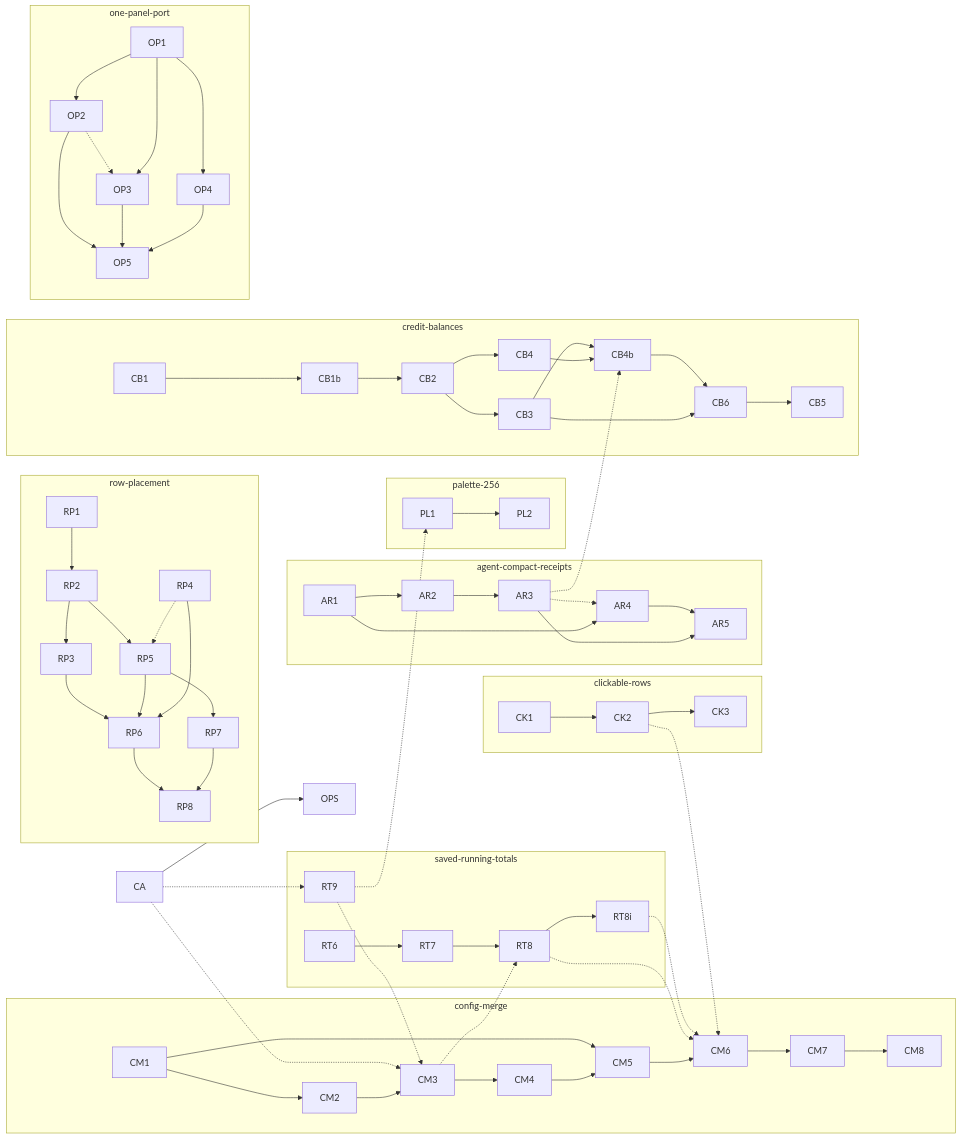
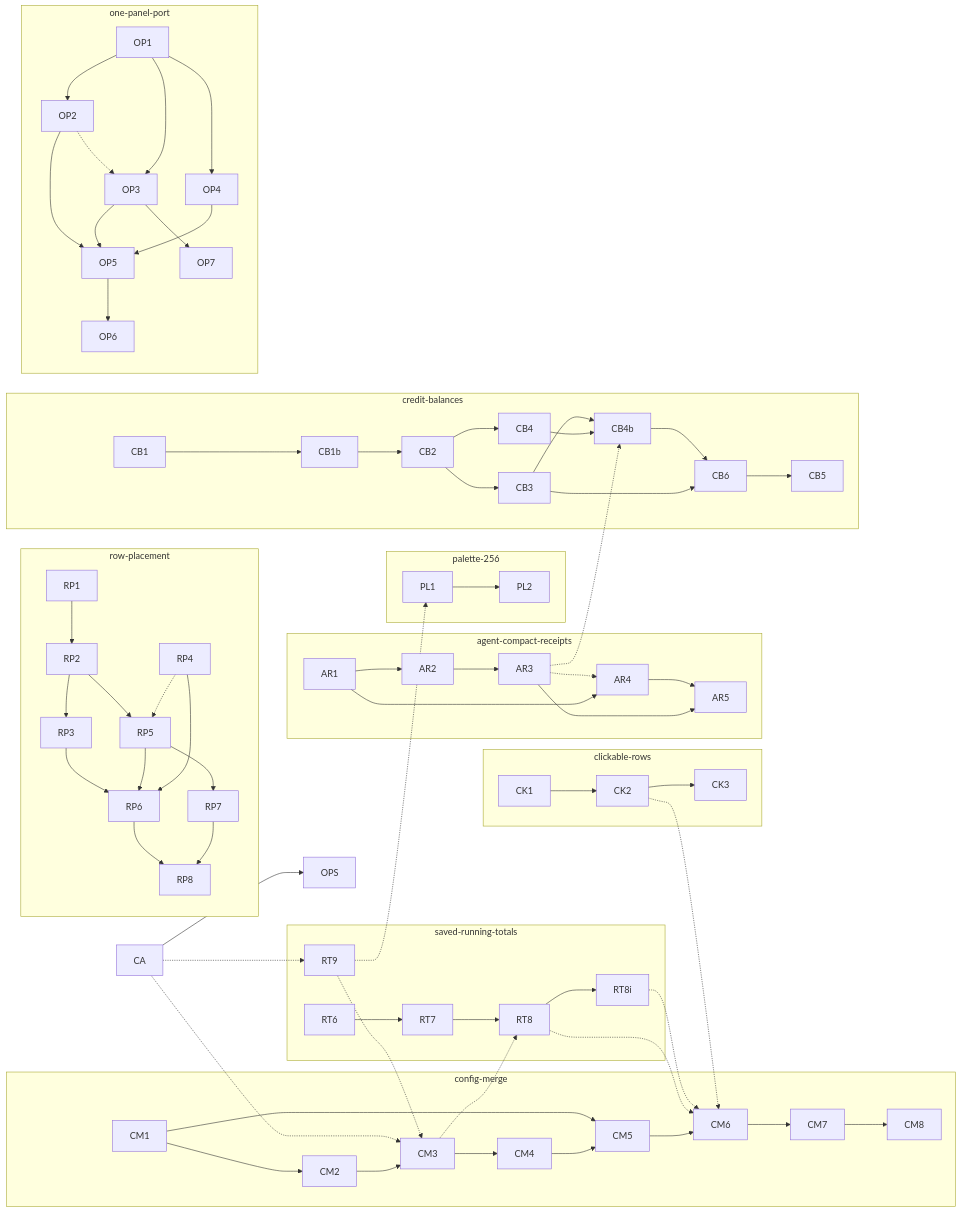
One commit to nhooey/claude-code-usage-statusline changed the diagram in agents/plans/_schedule.md. Above: the diagram before and after it, drawn with Mermaid. The commit also changed other lines of this file and 1 other file, not shown here.

````diff
--- a/agents/plans/_schedule.md
+++ b/agents/plans/_schedule.md
@@ -98,52 +100,54 @@
 ```mermaid
 flowchart LR
   subgraph config-merge
     CM1 --> CM2 --> CM3 --> CM4 --> CM5 --> CM6 --> CM7 --> CM8
     CM1 --> CM5
   end
   subgraph saved-running-totals
     RT6 --> RT7 --> RT8 --> RT8i
     RT9
   end
   CA -.-> CM3
   CA -.-> RT9
   RT9 -.-> CM3
   CM3 -.-> RT8
   RT8 -.-> CM6
   RT8i -.-> CM6
   CA --> OPS
   subgraph clickable-rows
     CK1 --> CK2 --> CK3
   end
   subgraph palette-256
     PL1 --> PL2
   end
   CK2 -.-> CM6
   RT9 -.-> PL1
   subgraph row-placement
     RP1 --> RP2 --> RP3 --> RP6
     RP2 --> RP5 --> RP6
     RP4 --> RP6
     RP5 --> RP7
     RP6 --> RP8
     RP7 --> RP8
   end
   subgraph agent-compact-receipts
     AR1 --> AR2 --> AR3 --> AR5
     AR1 --> AR4 --> AR5
   end
   subgraph credit-balances
     CB1 --> CB1b --> CB2 --> CB3 --> CB6 --> CB5
     CB2 --> CB4 --> CB4b --> CB6
     CB3 --> CB4b
   end
   AR3 -.-> AR4
   AR3 -.-> CB4b
   RP4 -.-> RP5
   subgraph one-panel-port
     OP1 --> OP2 --> OP5
     OP1 --> OP3 --> OP5
     OP1 --> OP4 --> OP5
+    OP5 --> OP6
+    OP3 --> OP7
     OP2 -.-> OP3
   end
 ```
````
